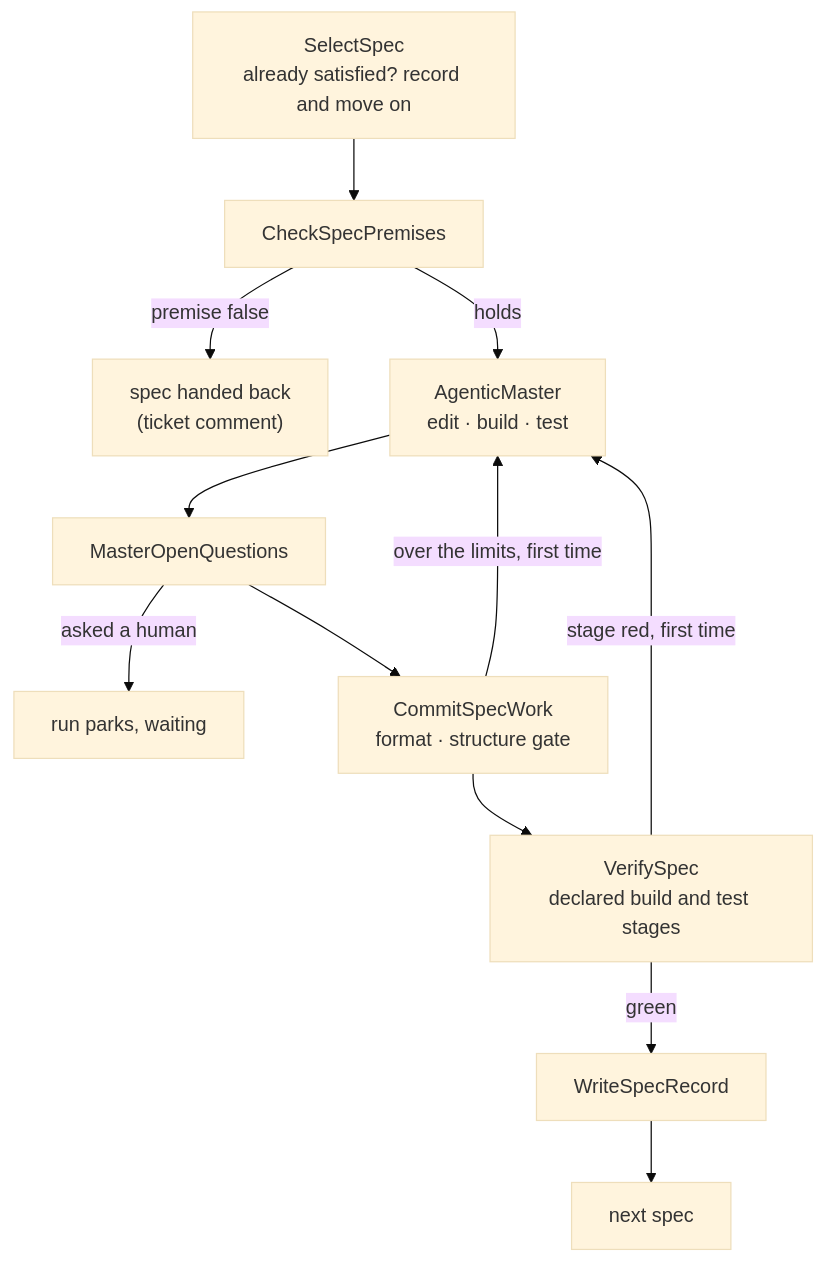
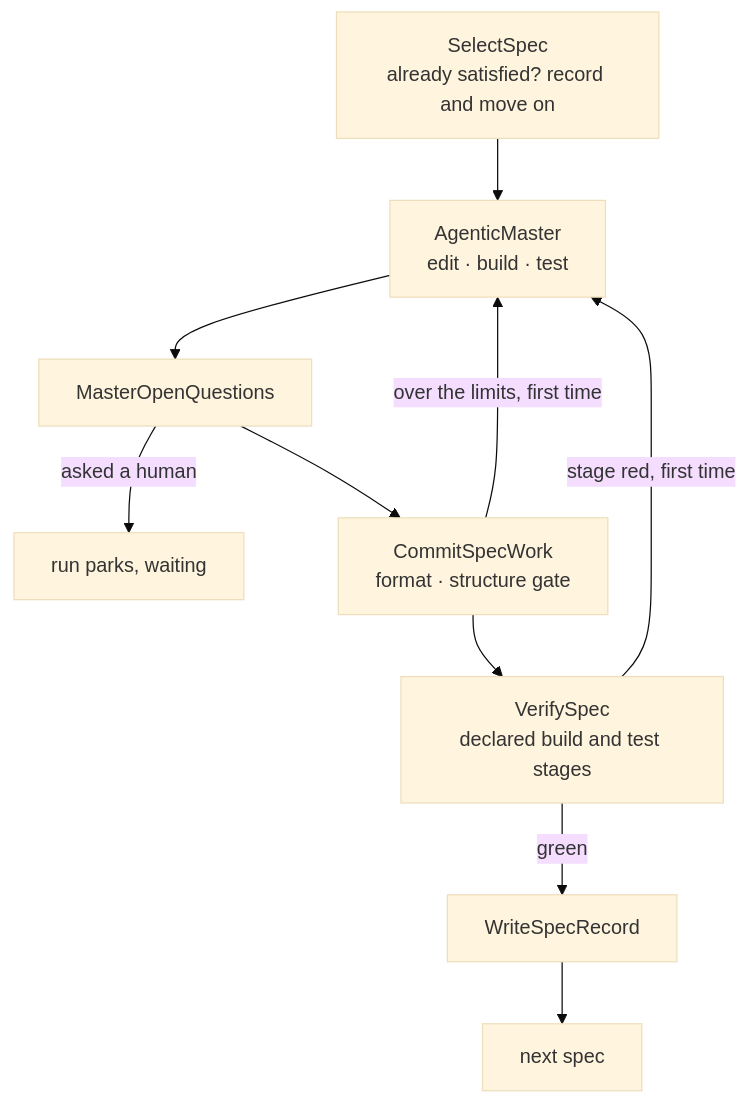
One commit to holgerleichsenring/agent-smith changed the diagram in docs/how-it-works/lifecycle.md. Above: the diagram before and after it, drawn with Mermaid (base theme). The commit also changed other lines of this file and 167 other files, not shown here.

First line of the commit message:
refactor(specs): nothing judges a spec or narrows a run before its master (2026-11-18-9c1cb)

````diff
--- a/docs/how-it-works/lifecycle.md
+++ b/docs/how-it-works/lifecycle.md
@@ -27,14 +25,12 @@
 ```mermaid
 graph TD
-    Select["SelectSpec<br/>already satisfied? record and move on"] --> Premises[CheckSpecPremises]
-    Premises -->|premise false| Handback["spec handed back<br/>(ticket comment)"]
-    Premises -->|holds| Master["AgenticMaster<br/>edit · build · test"]
+    Select["SelectSpec<br/>already satisfied? record and move on"] --> Master["AgenticMaster<br/>edit · build · test"]
     Master --> Questions[MasterOpenQuestions]
     Questions -->|asked a human| Park["run parks, waiting"]
     Questions --> Commit["CommitSpecWork<br/>format · structure gate"]
     Commit -->|over the limits, first time| Master
     Commit --> Verify["VerifySpec<br/>declared build and test stages"]
     Verify -->|stage red, first time| Master
     Verify -->|green| Record[WriteSpecRecord]
     Record --> Next[next spec]
 ```
````
